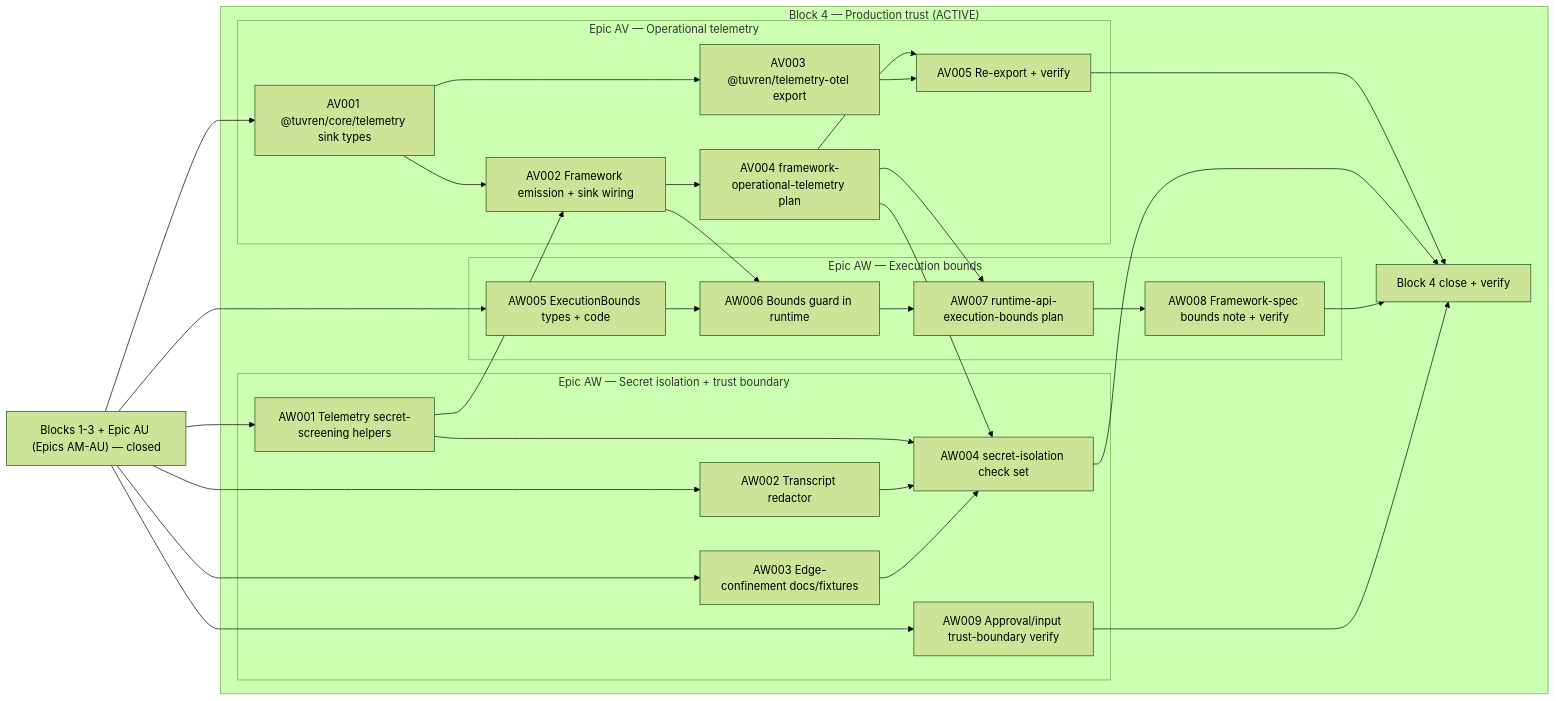
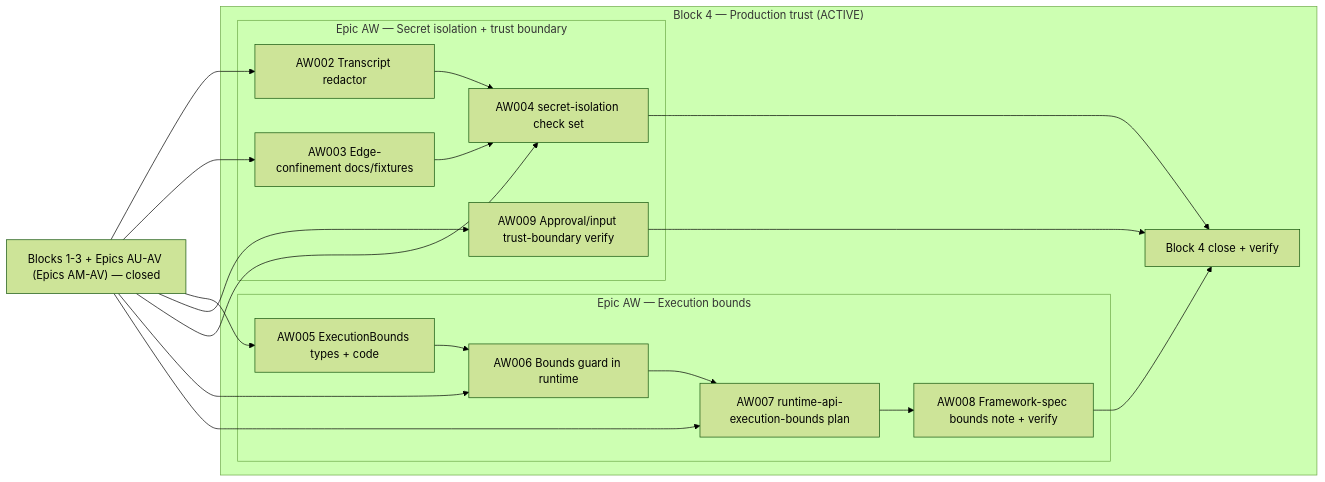
Before and after one commit to Tuvren/runtime: the diagram in constitution/Tasks.md, drawn with Mermaid (forest theme). The commit also changed other lines of this file and 64 other files, not shown here.

First line of the commit message:
Implement Epic AV operational telemetry surface (#68)

````diff
--- a/constitution/Tasks.md
+++ b/constitution/Tasks.md
@@ -86,49 +87,34 @@
 ```mermaid
 flowchart LR
-  closed["Blocks 1-3 + Epic AU (Epics AM-AU) — closed"]
+  closed["Blocks 1-3 + Epics AU-AV (Epics AM-AV) — closed"]
 
   subgraph block4["Block 4 — Production trust (ACTIVE)"]
     subgraph aw_sec["Epic AW — Secret isolation + trust boundary"]
-      AW1["AW001 Telemetry secret-screening helpers"]
       AW2["AW002 Transcript redactor"]
       AW3["AW003 Edge-confinement docs/fixtures"]
       AW4["AW004 secret-isolation check set"]
       AW9["AW009 Approval/input trust-boundary verify"]
-      AW1 --> AW4
       AW2 --> AW4
       AW3 --> AW4
-    end
-    subgraph av["Epic AV — Operational telemetry"]
-      AV1["AV001 @tuvren/core/telemetry sink types"]
-      AV2["AV002 Framework emission + sink wiring"]
-      AV3["AV003 @tuvren/telemetry-otel export"]
-      AV4["AV004 framework-operational-telemetry plan"]
-      AV5["AV005 Re-export + verify"]
-      AV1 --> AV2 --> AV4 --> AV5
-      AV1 --> AV3 --> AV5
     end
     subgraph aw_bounds["Epic AW — Execution bounds"]
       AW5["AW005 ExecutionBounds types + code"]
       AW6["AW006 Bounds guard in runtime"]
       AW7["AW007 runtime-api-execution-bounds plan"]
       AW8["AW008 Framework-spec bounds note + verify"]
       AW5 --> AW6 --> AW7 --> AW8
     end
     trust_close["Block 4 close + verify"]
-    AV5 --> trust_close
     AW4 --> trust_close
     AW8 --> trust_close
     AW9 --> trust_close
   end
 
-  closed --> AV1
-  closed --> AW1
   closed --> AW2
   closed --> AW3
   closed --> AW5
   closed --> AW9
-  AW1 --> AV2
-  AV2 --> AW6
-  AV4 --> AW4
-  AV4 --> AW7
+  closed --> AW4
+  closed --> AW6
+  closed --> AW7
 ```
````
